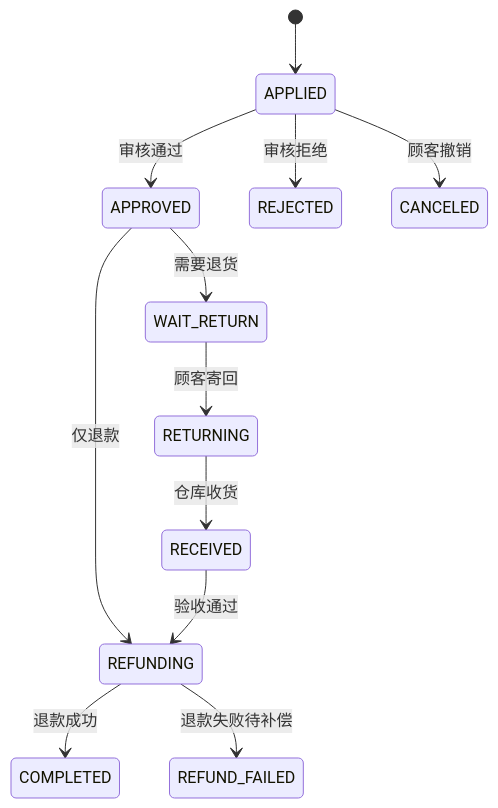
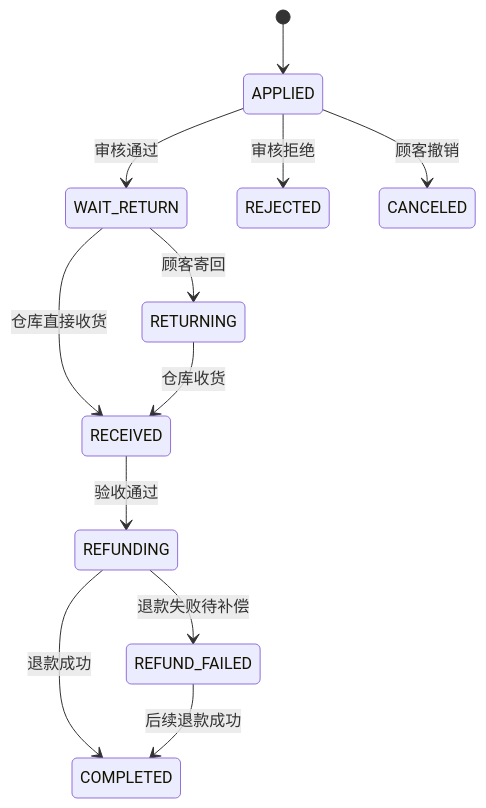
The fifth of 5 diagrams in docs/03-core-state-machines.md (NoctilumeDev/PlainJournal), drawn with Mermaid before and after one commit. The commit also changed other lines of this file and 1180 other files, not shown here.

````diff
--- a/docs/03-core-state-machines.md
+++ b/docs/03-core-state-machines.md
@@ -91,14 +113,14 @@
 ```mermaid
 stateDiagram-v2
     [*] --> APPLIED
-    APPLIED --> APPROVED: 审核通过
+    APPLIED --> WAIT_RETURN: 审核通过
     APPLIED --> REJECTED: 审核拒绝
     APPLIED --> CANCELED: 顾客撤销
-    APPROVED --> WAIT_RETURN: 需要退货
-    APPROVED --> REFUNDING: 仅退款
     WAIT_RETURN --> RETURNING: 顾客寄回
+    WAIT_RETURN --> RECEIVED: 仓库直接收货
     RETURNING --> RECEIVED: 仓库收货
     RECEIVED --> REFUNDING: 验收通过
     REFUNDING --> COMPLETED: 退款成功
     REFUNDING --> REFUND_FAILED: 退款失败待补偿
+    REFUND_FAILED --> COMPLETED: 后续退款成功
 ```
````
